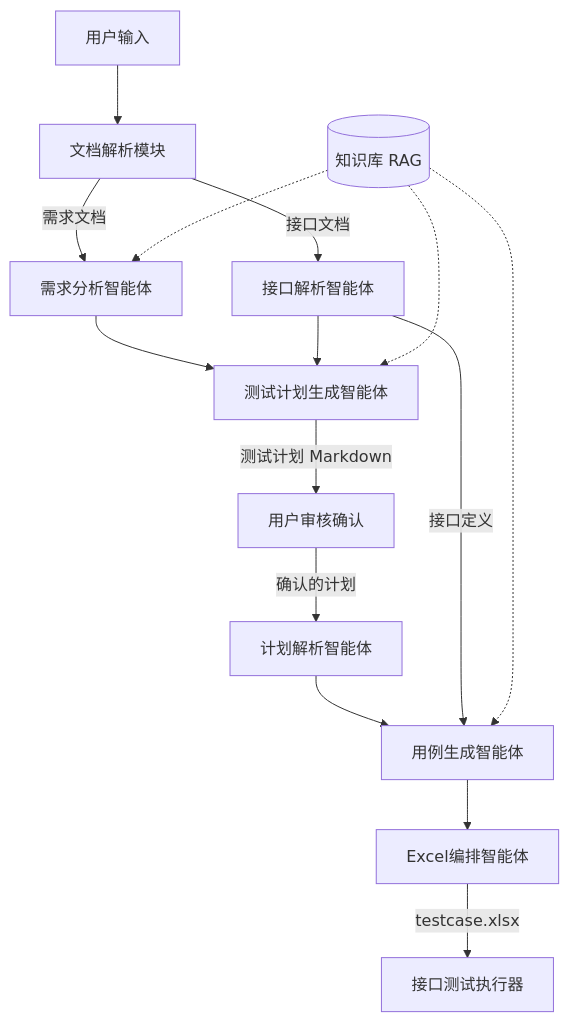
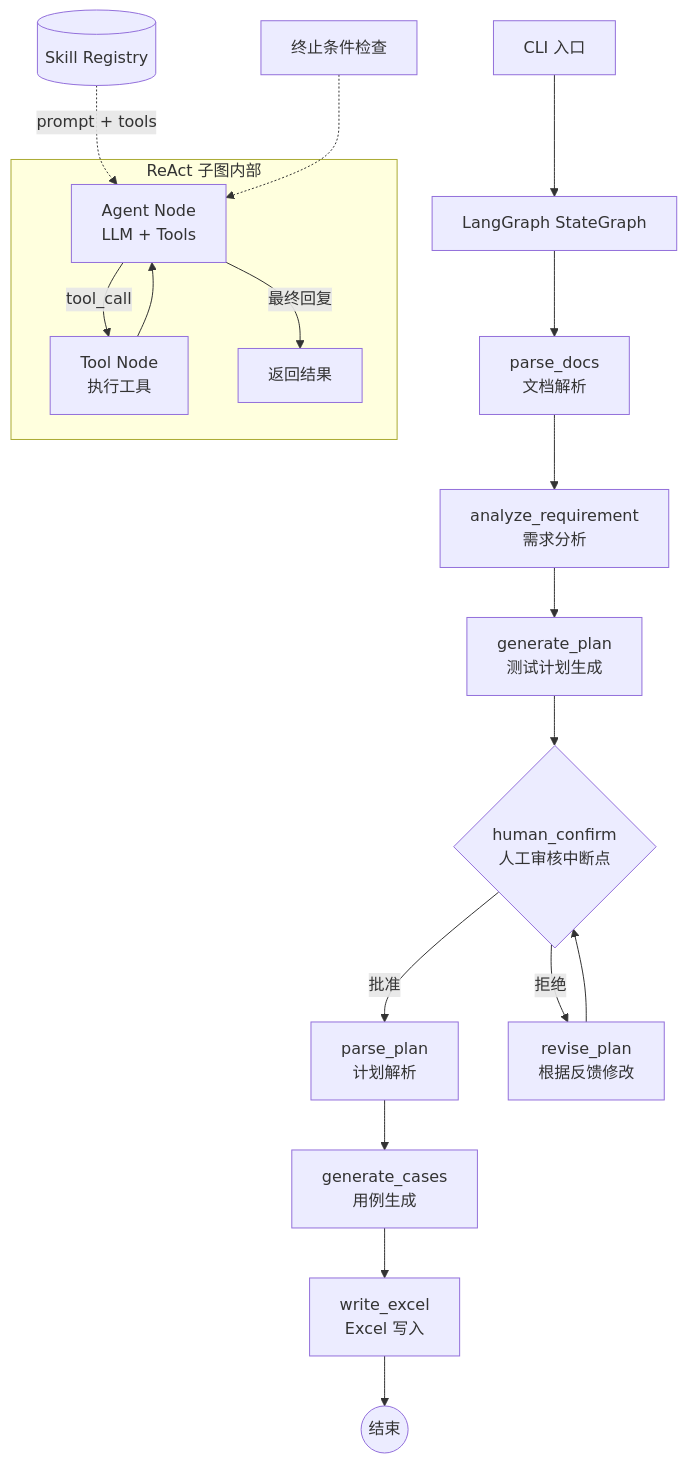
Before and after one commit to Remon-16/flow-forge: the diagram in agent/README.md, drawn with Mermaid. The commit also changed other lines of this file and 33 other files, not shown here.

````diff
--- a/agent/README.md
+++ b/agent/README.md
@@ -7,17 +7,23 @@
 ```mermaid
 graph TD
-    U[用户输入] --> D[文档解析模块]
-    D --> |需求文档| RA[需求分析智能体]
-    D --> |接口文档| AP[接口解析智能体]
-    RA --> PG[测试计划生成智能体]
-    AP --> PG
-    PG --> |测试计划 Markdown| USER[用户审核确认]
-    USER --> |确认的计划| PP[计划解析智能体]
-    PP --> CG[用例生成智能体]
-    AP --> |接口定义| CG
-    KB[(知识库 RAG)] -.-> RA
-    KB -.-> PG
-    KB -.-> CG
-    CG --> EW[Excel编排智能体]
-    EW --> |testcase.xlsx| EXEC[接口测试执行器]
+    CLI[CLI 入口] --> GRAPH[LangGraph StateGraph]
+    GRAPH --> PARSE[parse_docs<br/>文档解析]
+    PARSE --> ANALYZE[analyze_requirement<br/>需求分析]
+    ANALYZE --> GEN_PLAN[generate_plan<br/>测试计划生成]
+    GEN_PLAN --> CONFIRM{human_confirm<br/>人工审核中断点}
+    CONFIRM -->|批准| PARSE_PLAN[parse_plan<br/>计划解析]
+    CONFIRM -->|拒绝| REVISE[revise_plan<br/>根据反馈修改]
+    REVISE --> CONFIRM
+    PARSE_PLAN --> GEN_CASES[generate_cases<br/>用例生成]
+    GEN_CASES --> WRITE[write_excel<br/>Excel 写入]
+    WRITE --> END((结束))
+
+    subgraph ReAct 子图内部
+        AGENT[Agent Node<br/>LLM + Tools] -->|tool_call| TOOLS[Tool Node<br/>执行工具]
+        TOOLS --> AGENT
+        AGENT -->|最终回复| DONE[返回结果]
+    end
+
+    SKILLS[(Skill Registry)] -.->|prompt + tools| AGENT
+    TERM[终止条件检查] -.-> AGENT
 ```
````
